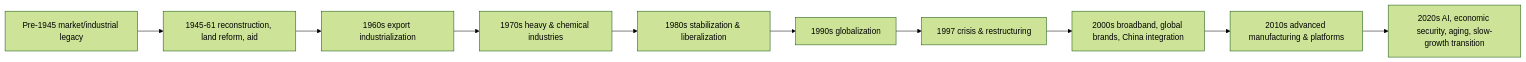
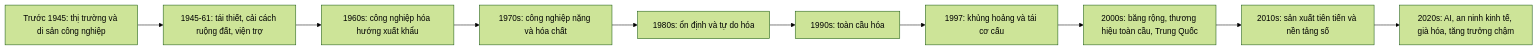
Before and after one commit to hunggtham/learning-docs: the diagram in korea_business_economy_knowledge_library/00_economic_model_and_history.md, drawn with Mermaid (forest theme). The commit also changed other lines of this file, not shown here.

Commit message:
Vietnamize Korea current economic model chapter

````diff
--- a/korea_business_economy_knowledge_library/00_economic_model_and_history.md
+++ b/korea_business_economy_knowledge_library/00_economic_model_and_history.md
@@ -15,12 +13,12 @@
 ```mermaid
 graph LR
-    A[Pre-1945 market/industrial legacy] --> B[1945-61 reconstruction, land reform, aid]
-    B --> C[1960s export industrialization]
-    C --> D[1970s heavy & chemical industries]
-    D --> E[1980s stabilization & liberalization]
-    E --> F[1990s globalization]
-    F --> G[1997 crisis & restructuring]
-    G --> H[2000s broadband, global brands, China integration]
-    H --> I[2010s advanced manufacturing & platforms]
-    I --> J[2020s AI, economic security, aging, slow-growth transition]
+    A[Trước 1945: thị trường và di sản công nghiệp] --> B[1945-61: tái thiết, cải cách ruộng đất, viện trợ]
+    B --> C[1960s: công nghiệp hóa hướng xuất khẩu]
+    C --> D[1970s: công nghiệp nặng và hóa chất]
+    D --> E[1980s: ổn định và tự do hóa]
+    E --> F[1990s: toàn cầu hóa]
+    F --> G[1997: khủng hoảng và tái cơ cấu]
+    G --> H[2000s: băng rộng, thương hiệu toàn cầu, Trung Quốc]
+    H --> I[2010s: sản xuất tiên tiến và nền tảng số]
+    I --> J[2020s: AI, an ninh kinh tế, già hóa, tăng trưởng chậm]
 ```
````
